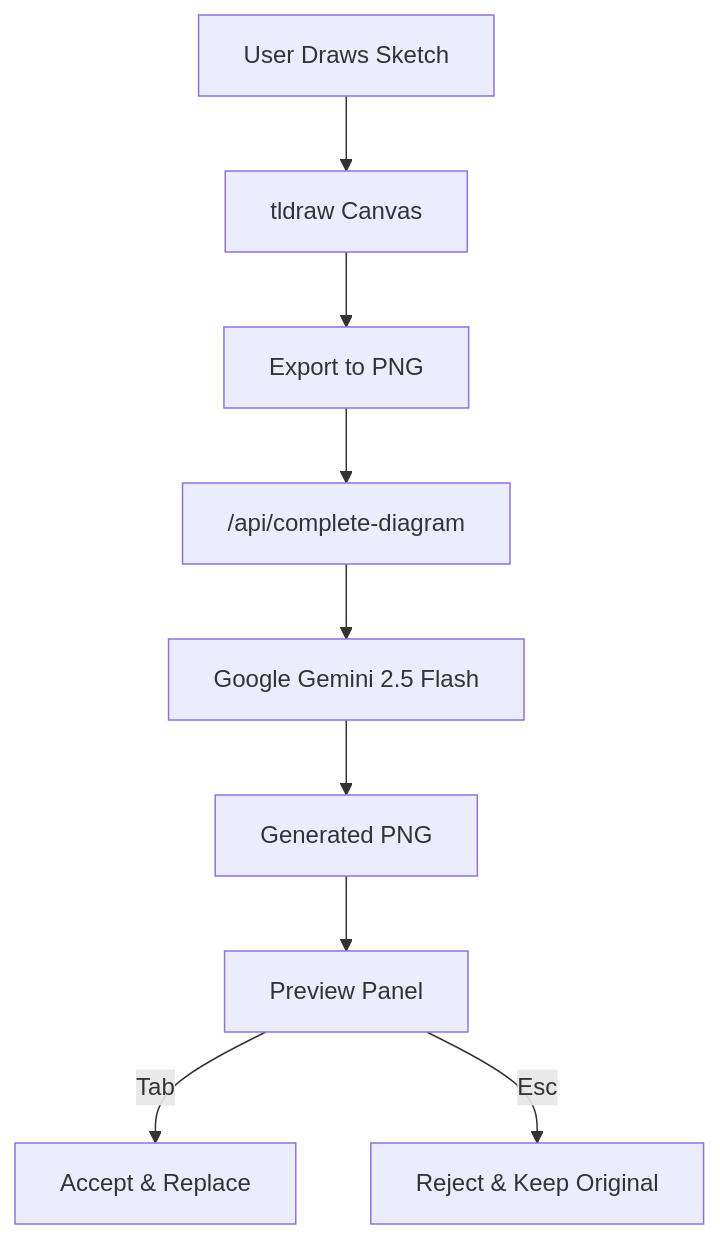
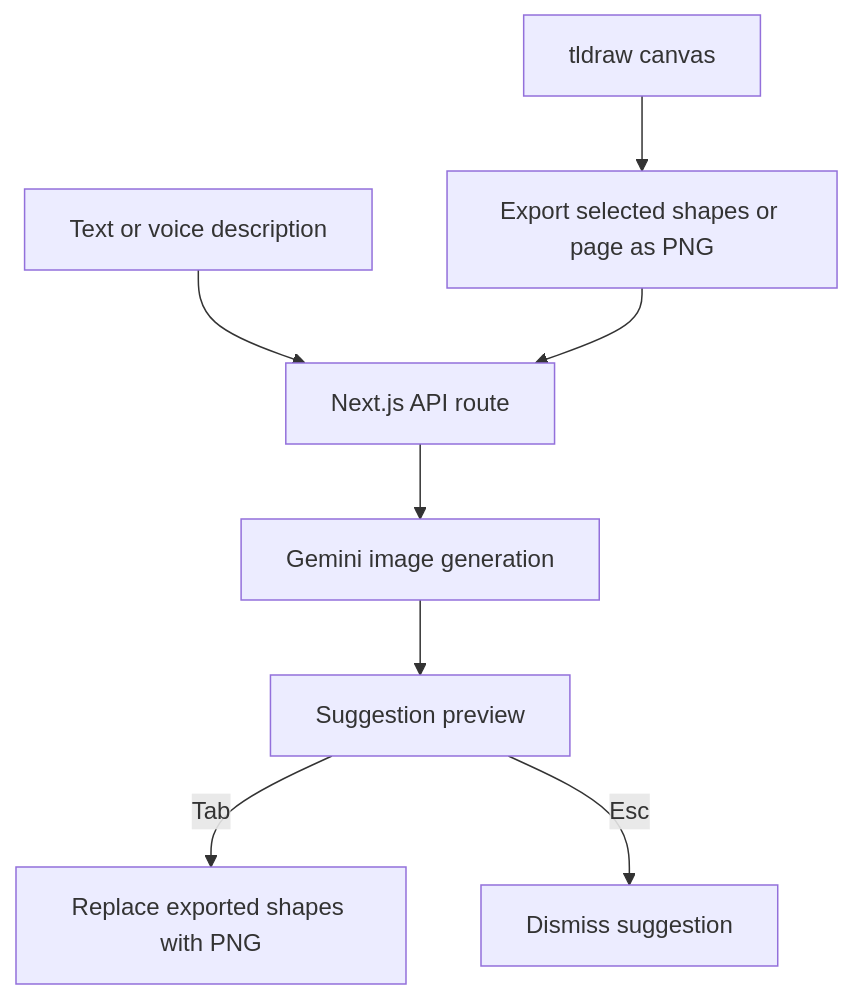
Before and after one commit to Abhishek-Sonje/ChalkAI: the diagram in README.md, drawn with Mermaid. The commit also changed other lines of this file, not shown here.

````diff
--- a/README.md
+++ b/README.md
@@ -169,11 +63,10 @@
 ```mermaid
-graph TD
-    A[User Draws Sketch] --> B[tldraw Canvas]
-    B --> C[Export to PNG]
-    C --> D["/api/complete-diagram"]
-    D --> E["Google Gemini 2.5 Flash"]
-    E --> F[Generated PNG]
-    F --> G[Preview Panel]
-    G -->|Tab| H[Accept & Replace]
-    G -->|Esc| I[Reject & Keep Original]
+flowchart TD
+    Canvas["tldraw canvas"] --> Export["Export selected shapes or page as PNG"]
+    Prompt["Text or voice description"] --> Route["Next.js API route"]
+    Export --> Route
+    Route --> Gemini["Gemini image generation"]
+    Gemini --> Preview["Suggestion preview"]
+    Preview -->|Tab| Accept["Replace exported shapes with PNG"]
+    Preview -->|Esc| Dismiss["Dismiss suggestion"]
 ```
````
